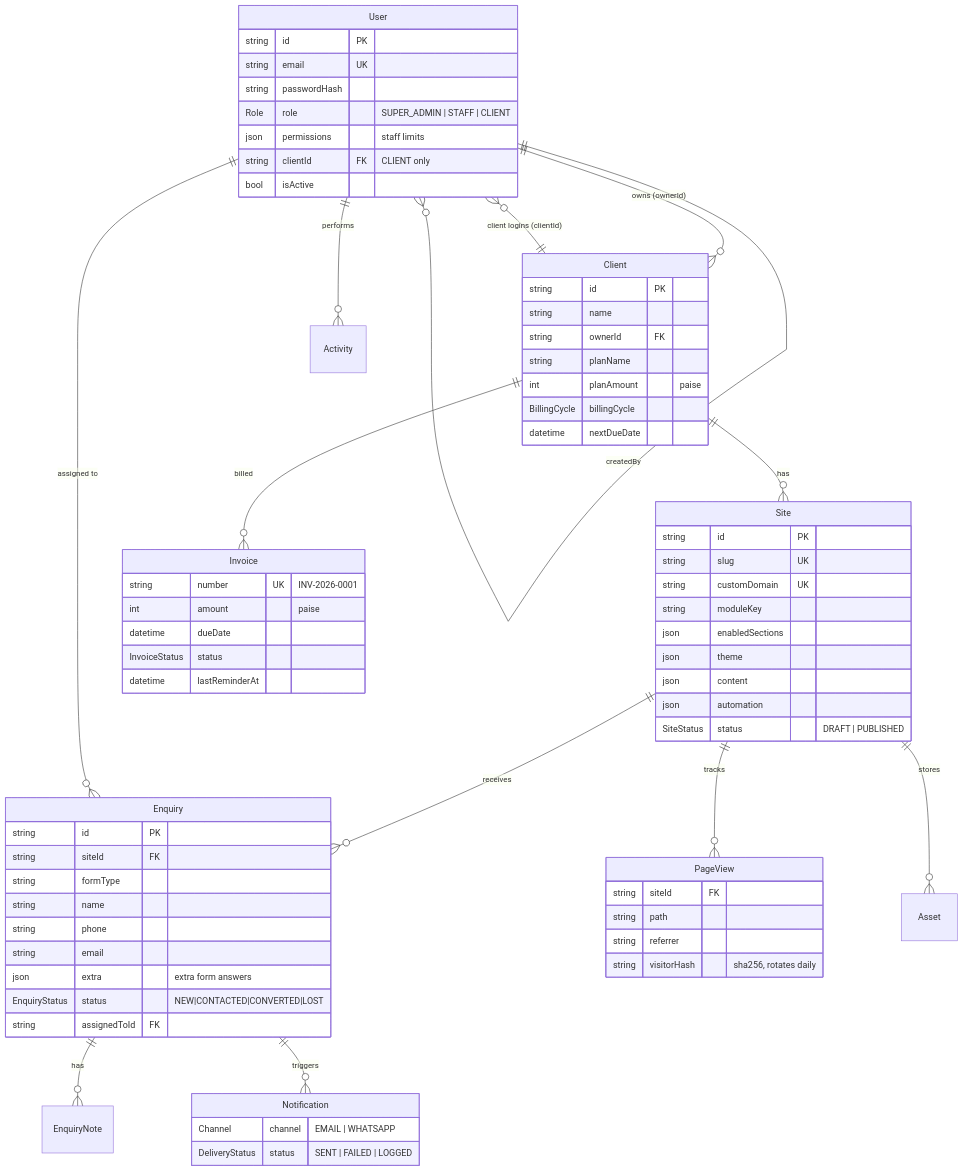
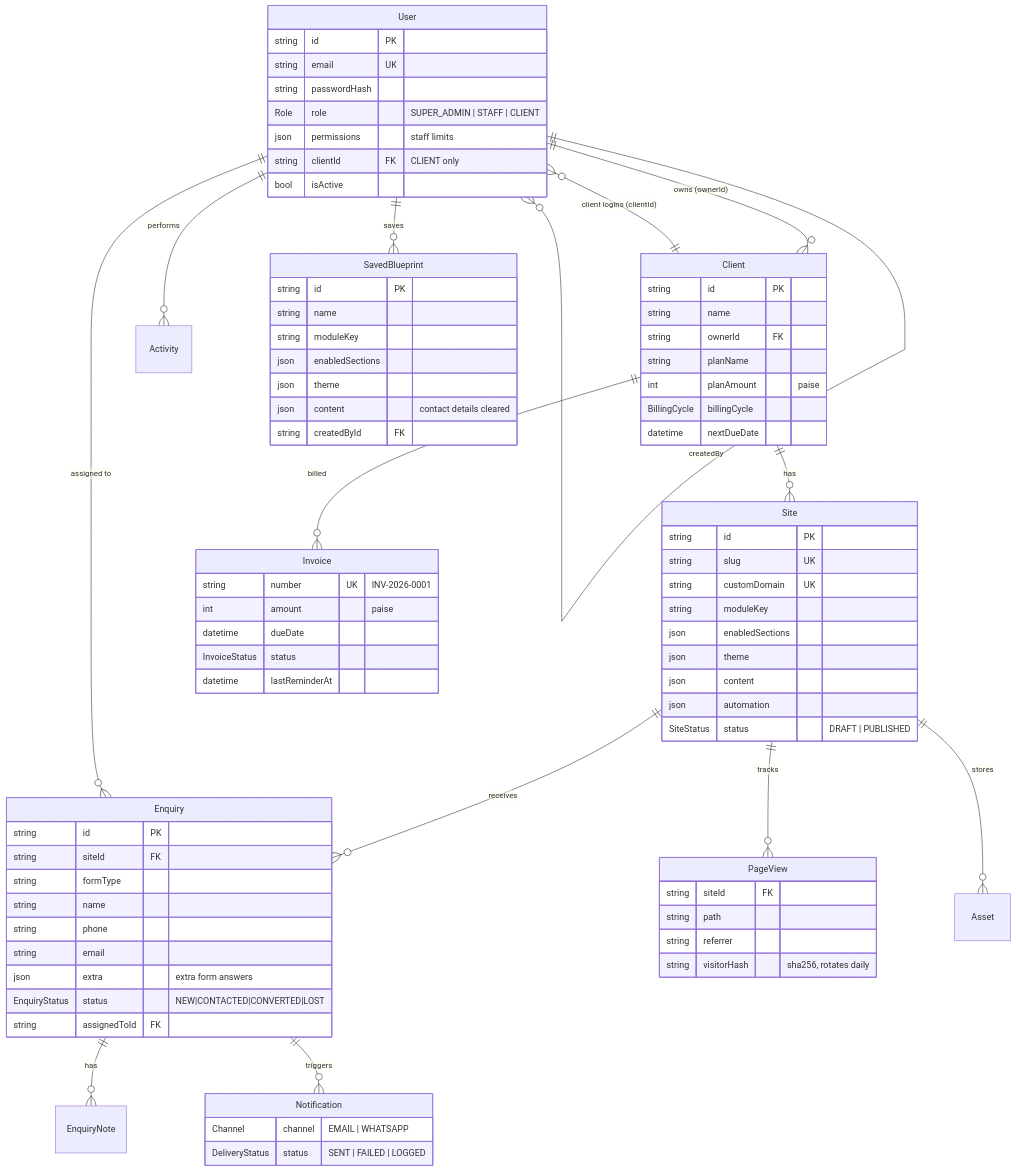
One commit to Ritiksharmaji/site-auto-matrix changed the sixth of 11 diagrams in docs/SYSTEM_DESIGN.md. Above: the diagram before and after it, drawn with Mermaid. The commit also changed other lines of this file and 127 other files, not shown here.

```diff
--- a/docs/SYSTEM_DESIGN.md
+++ b/docs/SYSTEM_DESIGN.md
@@ -276,6 +325,7 @@
     Enquiry ||--o{ Notification : triggers
     User ||--o{ Enquiry : "assigned to"
     User ||--o{ Activity : performs
+    User ||--o{ SavedBlueprint : saves
 
     User {
         string id PK
@@ -328,6 +378,15 @@
         InvoiceStatus status
         datetime lastReminderAt
     }
+    SavedBlueprint {
+        string id PK
+        string name
+        string moduleKey
+        json enabledSections
+        json theme
+        json content "contact details cleared"
+        string createdById FK
+    }
     PageView {
         string siteId FK
         string path
```
